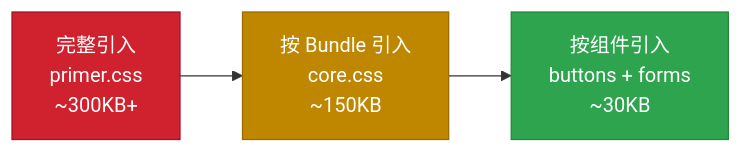
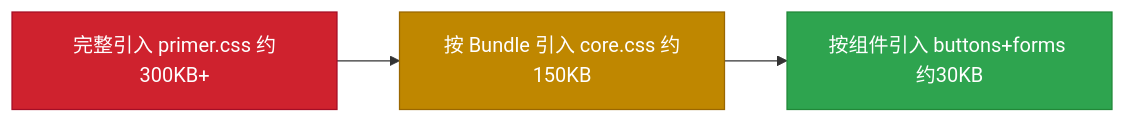
One commit to Cleam/primer-css changed the first of 2 diagrams in learn/11-best-practices.md. Above: the diagram before and after it, drawn with Mermaid. The commit also changed other lines of this file and 10 other files, not shown here.

First line of the commit message:
Fix mermaid diagram syntax for GitHub rendering compatibility

````diff
--- a/learn/11-best-practices.md
+++ b/learn/11-best-practices.md
@@ -17,9 +17,9 @@
 ```mermaid
 graph LR
-    A["完整引入<br/>primer.css<br/>~300KB+"] --> B["按 Bundle 引入<br/>core.css<br/>~150KB"]
-    B --> C["按组件引入<br/>buttons + forms<br/>~30KB"]
+    A["完整引入 primer.css 约300KB+"] --> B["按 Bundle 引入 core.css 约150KB"]
+    B --> C["按组件引入 buttons+forms 约30KB"]
 
     style A fill:#cf222e,stroke:#a40e26,color:#fff
     style B fill:#bf8700,stroke:#9a6700,color:#fff
     style C fill:#2ea44f,stroke:#218838,color:#fff
 ```
````
